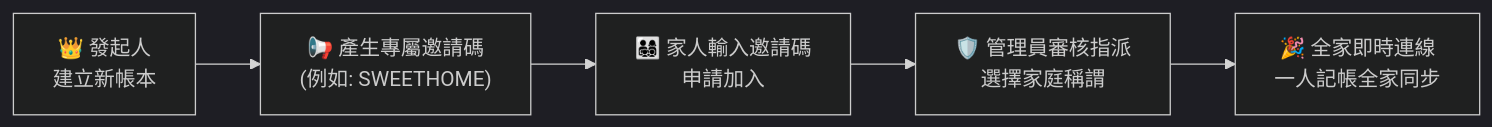
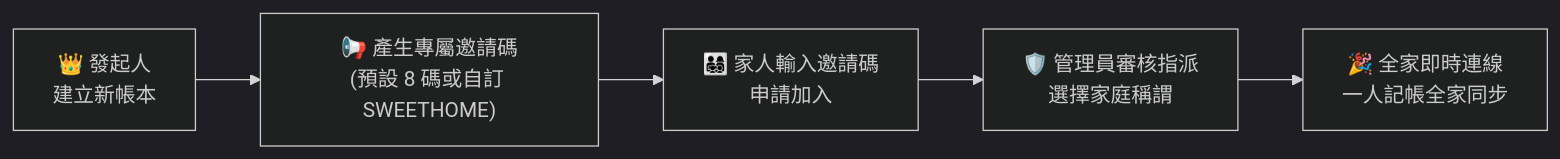
One commit to mattyu99/family-ledger changed the first of 4 diagrams in USER_MANUAL.md. Above: the diagram before and after it, drawn with Mermaid (dark theme). The commit also changed other lines of this file and 4 other files, not shown here.

````diff
--- a/USER_MANUAL.md
+++ b/USER_MANUAL.md
@@ -73,7 +73,7 @@
 ```mermaid
 flowchart LR
-    A["👑 發起人<br>建立新帳本"] --> B["📢 產生專屬邀請碼<br>(例如: SWEETHOME)"]
+    A["👑 發起人<br>建立新帳本"] --> B["📢 產生專屬邀請碼<br>(預設 8 碼或自訂 SWEETHOME)"]
     B --> C["👨‍👩‍👧‍👦 家人輸入邀請碼<br>申請加入"]
     C --> D["🛡️ 管理員審核指派<br>選擇家庭稱謂"]
     D --> E["🎉 全家即時連線<br>一人記帳全家同步"]
 ```
````
